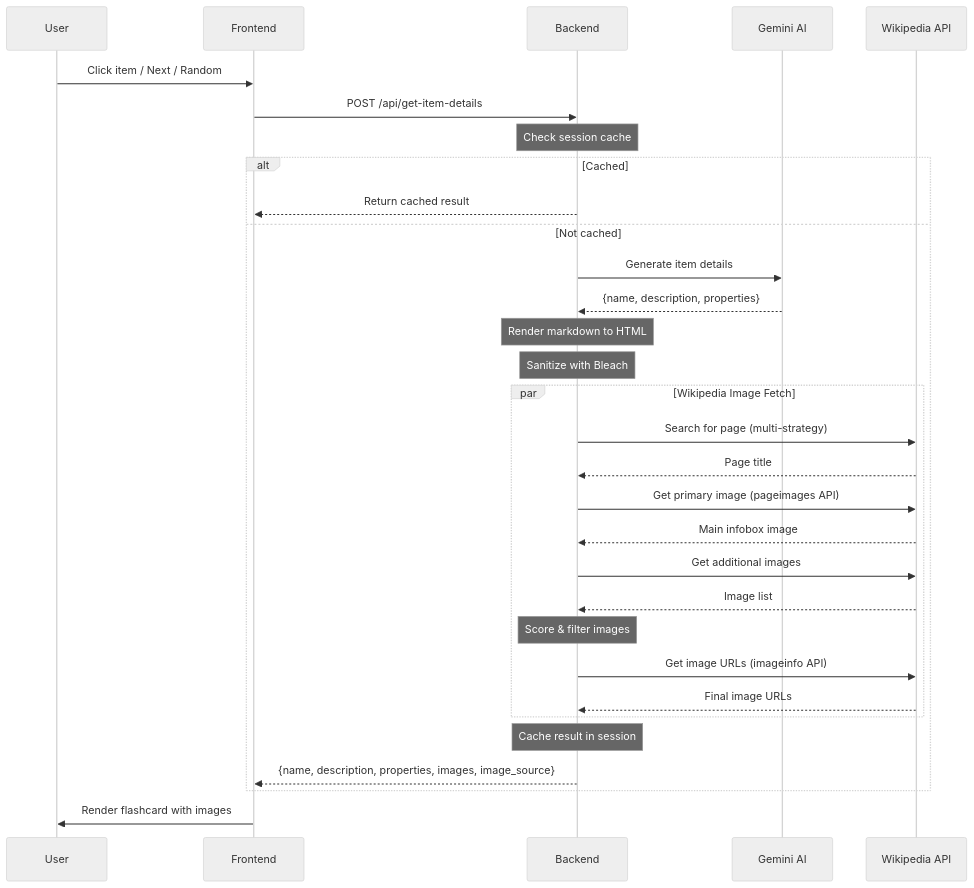
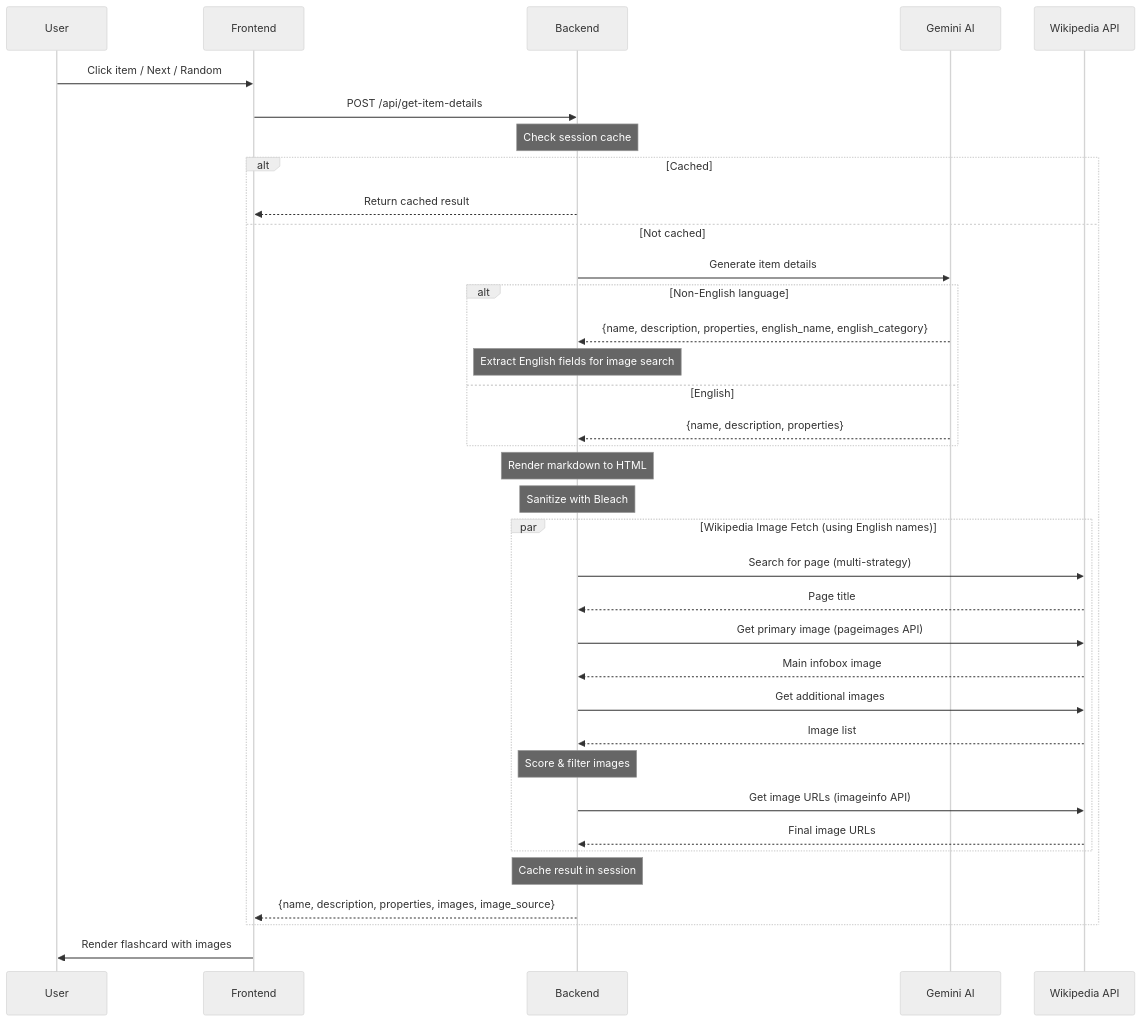
One commit to bavobbr/top-of-the-pops-agent changed the second of 2 diagrams in README.md. Above: the diagram before and after it, drawn with Mermaid (neutral theme). The commit also changed other lines of this file and 1 other file, not shown here.

````diff
--- a/README.md
+++ b/README.md
@@ -81,40 +84,45 @@
 ```mermaid
 sequenceDiagram
     participant U as User
     participant F as Frontend
     participant B as Backend
     participant G as Gemini AI
     participant W as Wikipedia API
 
     U->>F: Click item / Next / Random
     F->>B: POST /api/get-item-details
 
     Note over B: Check session cache
 
     alt Cached
         B-->>F: Return cached result
     else Not cached
         B->>G: Generate item details
-        G-->>B: {name, description, properties}
+        alt Non-English language
+            G-->>B: {name, description, properties, english_name, english_category}
+            Note over B: Extract English fields for image search
+        else English
+            G-->>B: {name, description, properties}
+        end
 
         Note over B: Render markdown to HTML
         Note over B: Sanitize with Bleach
 
-        par Wikipedia Image Fetch
+        par Wikipedia Image Fetch (using English names)
             B->>W: Search for page (multi-strategy)
             W-->>B: Page title
             B->>W: Get primary image (pageimages API)
             W-->>B: Main infobox image
             B->>W: Get additional images
             W-->>B: Image list
             Note over B: Score & filter images
             B->>W: Get image URLs (imageinfo API)
             W-->>B: Final image URLs
         end
 
         Note over B: Cache result in session
         B-->>F: {name, description, properties, images, image_source}
     end
 
     F->>U: Render flashcard with images
 ```
````
